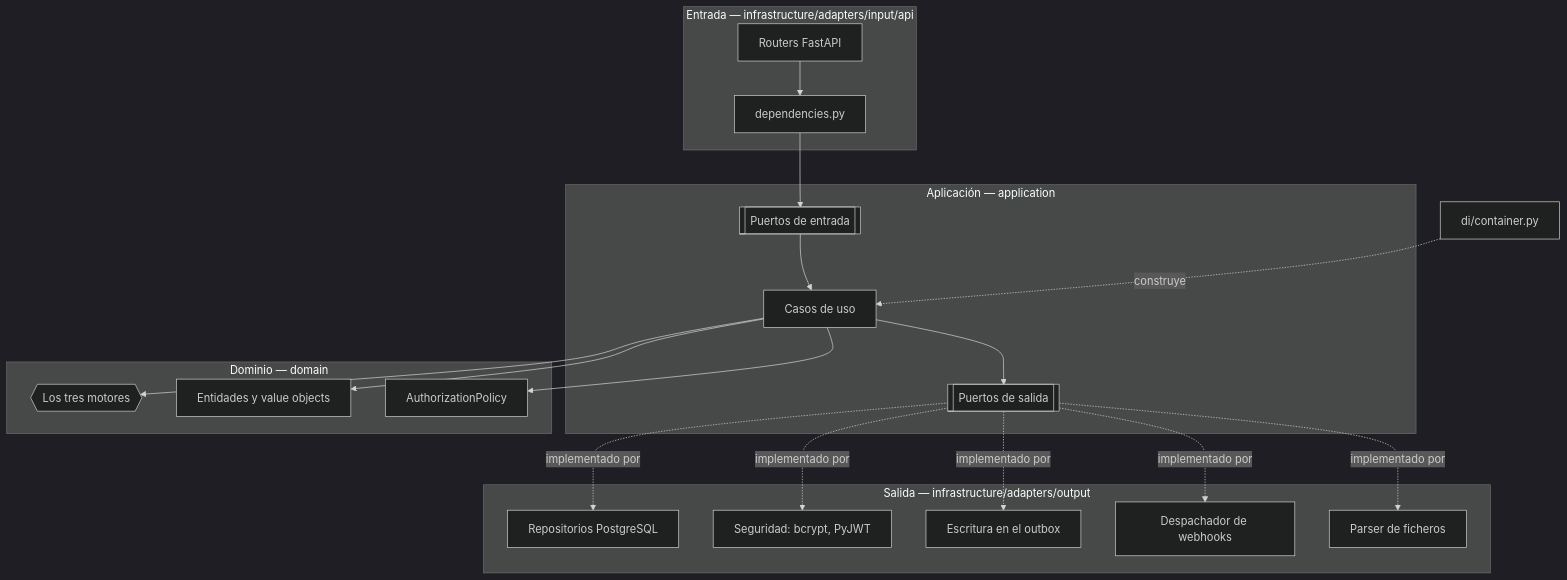
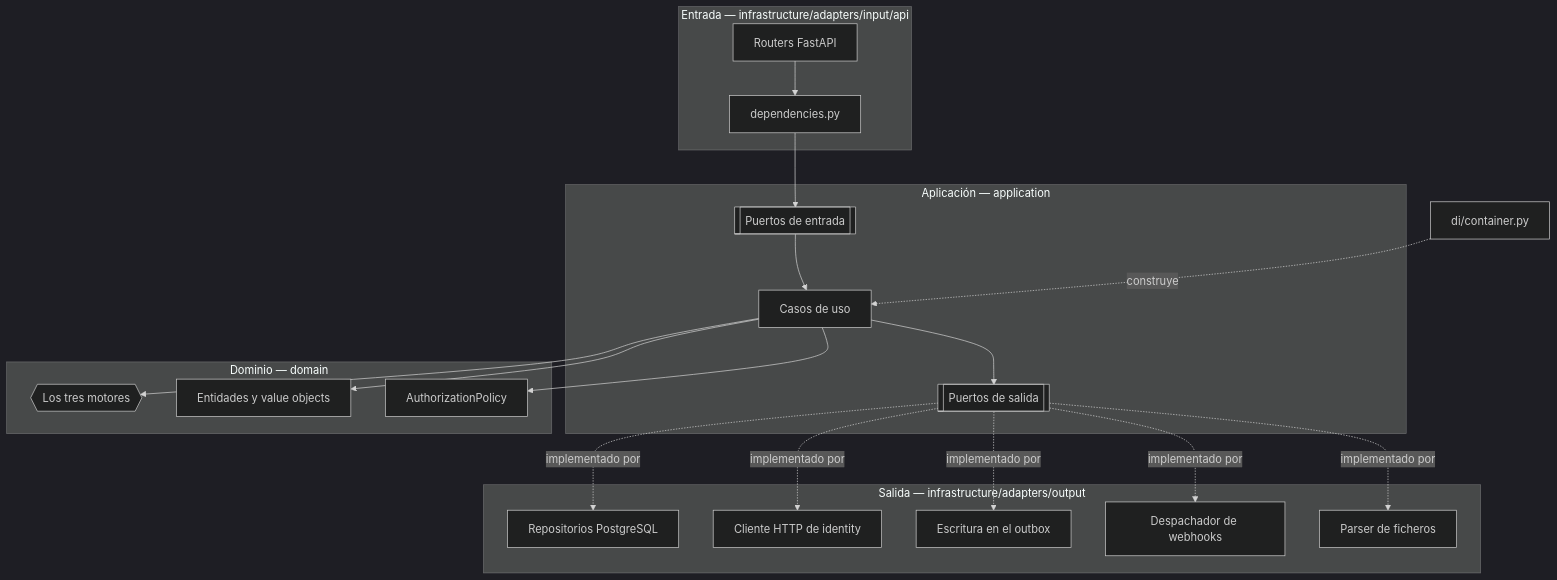
Before and after one commit to MDCIrony/leads-hexa: the diagram in docs/content/arquitectura/c4-componentes.md, drawn with Mermaid (dark theme). The commit also changed other lines of this file and 31 other files, not shown here.

````diff
--- a/docs/content/arquitectura/c4-componentes.md
+++ b/docs/content/arquitectura/c4-componentes.md
@@ -6,41 +9,41 @@
 ```mermaid
 flowchart TD
     subgraph ENTRADA["Entrada — infrastructure/adapters/input/api"]
         ROUTERS["Routers FastAPI"]
         DEPS["dependencies.py"]
     end
 
     subgraph APP["Aplicación — application"]
         PIN[["Puertos de entrada"]]
         UC["Casos de uso"]
         POUT[["Puertos de salida"]]
     end
 
     subgraph DOM["Dominio — domain"]
         ENG{{"Los tres motores"}}
         ENT["Entidades y value objects"]
         POL["AuthorizationPolicy"]
     end
 
     subgraph SALIDA["Salida — infrastructure/adapters/output"]
         SQL["Repositorios PostgreSQL"]
-        SEC["Seguridad: bcrypt, PyJWT"]
+        IDHTTP["Cliente HTTP de identity"]
         OUTBOX["Escritura en el outbox"]
         HTTPX["Despachador de webhooks"]
         PARSER["Parser de ficheros"]
     end
 
     DI["di/container.py"]
 
     ROUTERS --> DEPS --> PIN --> UC
     UC --> ENG
     UC --> ENT
     UC --> POL
     UC --> POUT
     POUT -.->|implementado por| SQL
-    POUT -.->|implementado por| SEC
+    POUT -.->|implementado por| IDHTTP
     POUT -.->|implementado por| OUTBOX
     POUT -.->|implementado por| HTTPX
     POUT -.->|implementado por| PARSER
     DI -.->|construye| UC
 ```
````
